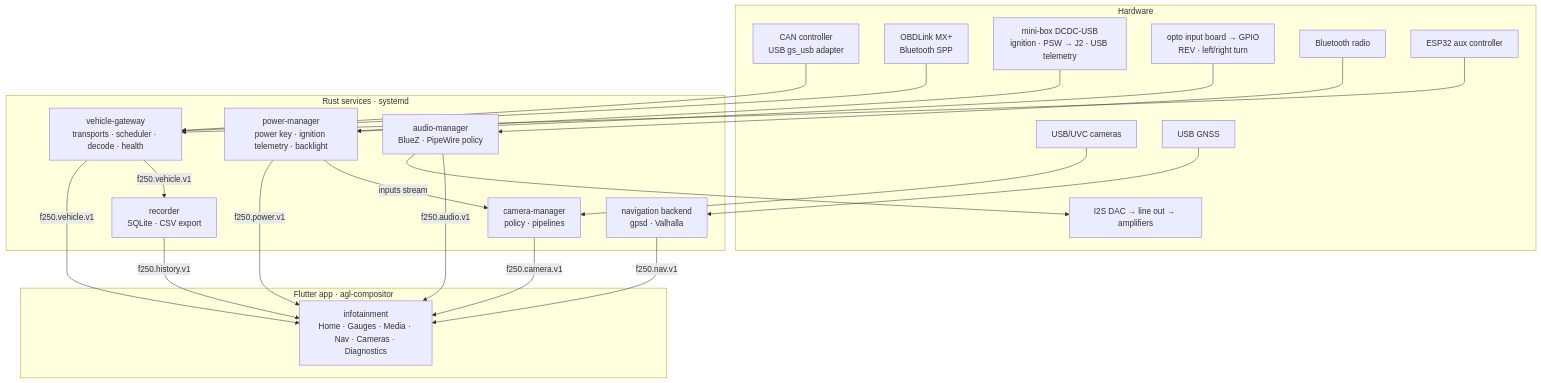
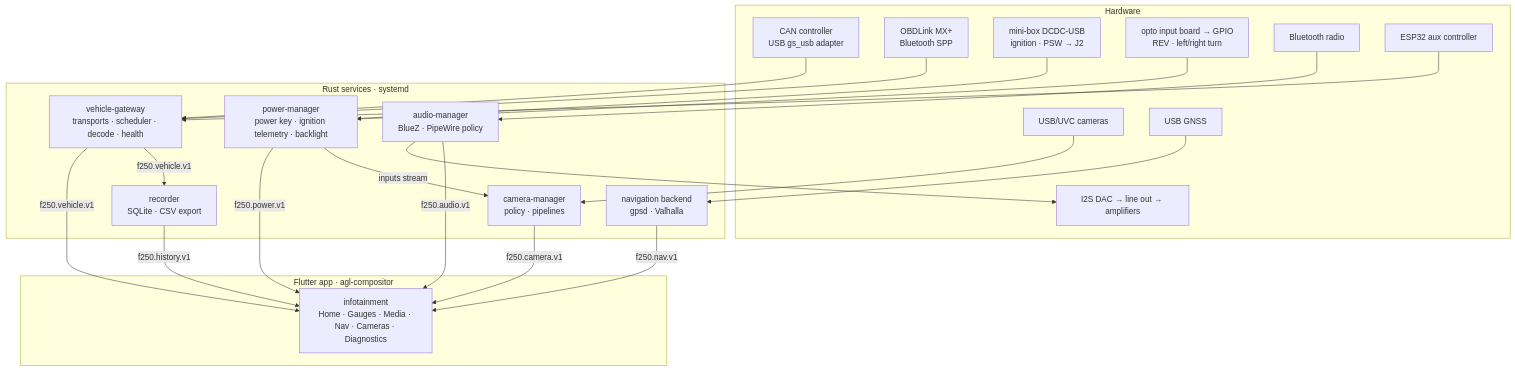
Before and after one commit to darickc/TruckDashboard: the first of 3 diagrams in docs/architecture/overview.md, drawn with Mermaid. The commit also changed other lines of this file and 15 other files, not shown here.

````diff
--- a/docs/architecture/overview.md
+++ b/docs/architecture/overview.md
@@ -35,46 +35,46 @@
 ```mermaid
 flowchart TB
   subgraph HW[Hardware]
     CAN[CAN controller<br/>USB gs_usb adapter]
     MX[OBDLink MX+<br/>Bluetooth SPP]
-    PSU[mini-box DCDC-USB<br/>ignition · PSW → J2 · USB telemetry]
+    PSU[mini-box DCDC-USB<br/>ignition · PSW → J2]
     GPIO[opto input board → GPIO<br/>REV · left/right turn]
     V4L[USB/UVC cameras]
     GNSS[USB GNSS]
     BT[Bluetooth radio]
     DAC[I2S DAC → line out → amplifiers]
     ESP[ESP32 aux controller]
   end
 
   subgraph SVC[Rust services · systemd]
     GW[vehicle-gateway<br/>transports · scheduler · decode · health]
     REC[recorder<br/>SQLite · CSV export]
     PWR[power-manager<br/>power key · ignition telemetry · backlight]
     CAMM[camera-manager<br/>policy · pipelines]
     AUDM[audio-manager<br/>BlueZ · PipeWire policy]
     NAV[navigation backend<br/>gpsd · Valhalla]
   end
 
   subgraph APP[Flutter app · agl-compositor]
     UI[infotainment<br/>Home · Gauges · Media · Nav · Cameras · Diagnostics]
   end
 
   CAN --> GW
   MX --> GW
   ESP --> GW
   GPIO --> PWR
   PSU --> PWR
   V4L --> CAMM
   GNSS --> NAV
   BT --> AUDM
   AUDM --> DAC
 
   GW -- f250.vehicle.v1 --> UI
   GW -- f250.vehicle.v1 --> REC
   PWR -- f250.power.v1 --> UI
   PWR -- inputs stream --> CAMM
   CAMM -- f250.camera.v1 --> UI
   AUDM -- f250.audio.v1 --> UI
   NAV -- f250.nav.v1 --> UI
   REC -- f250.history.v1 --> UI
 ```
````
